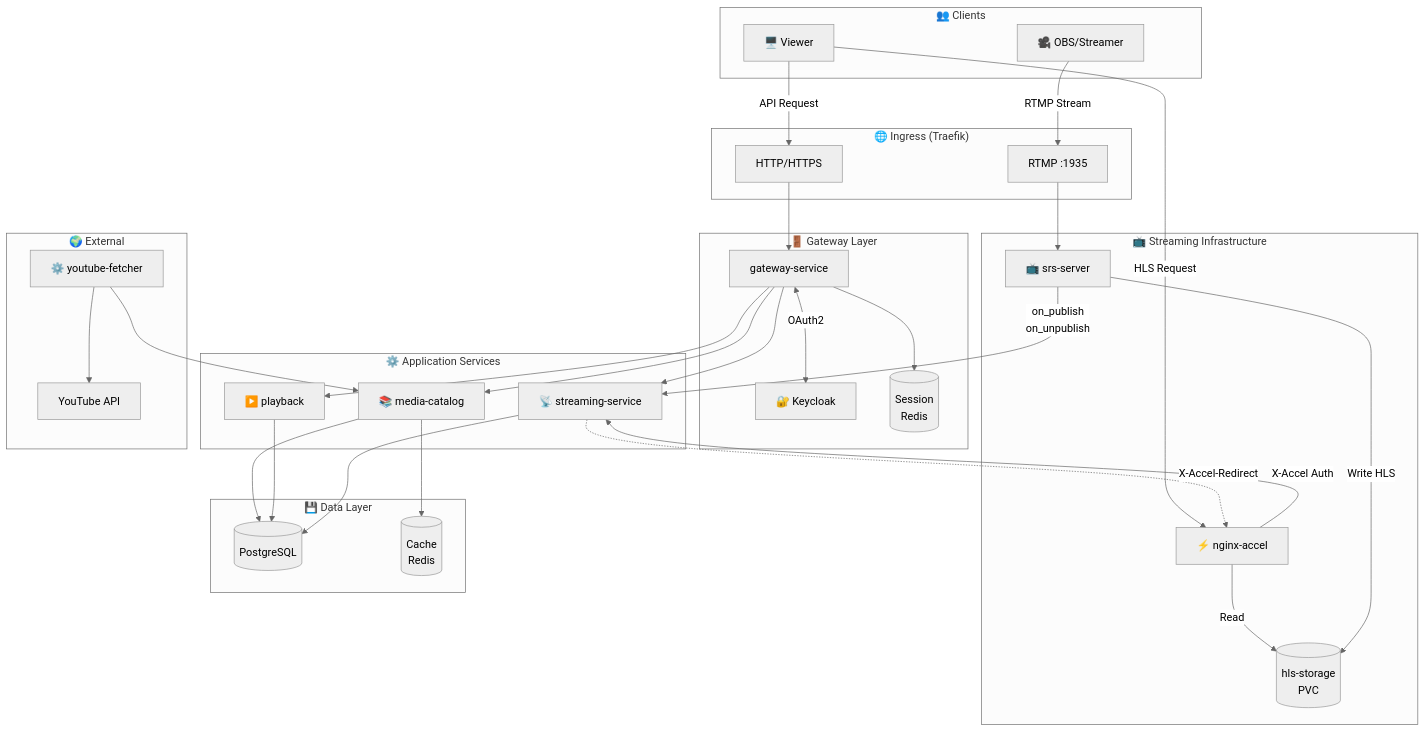
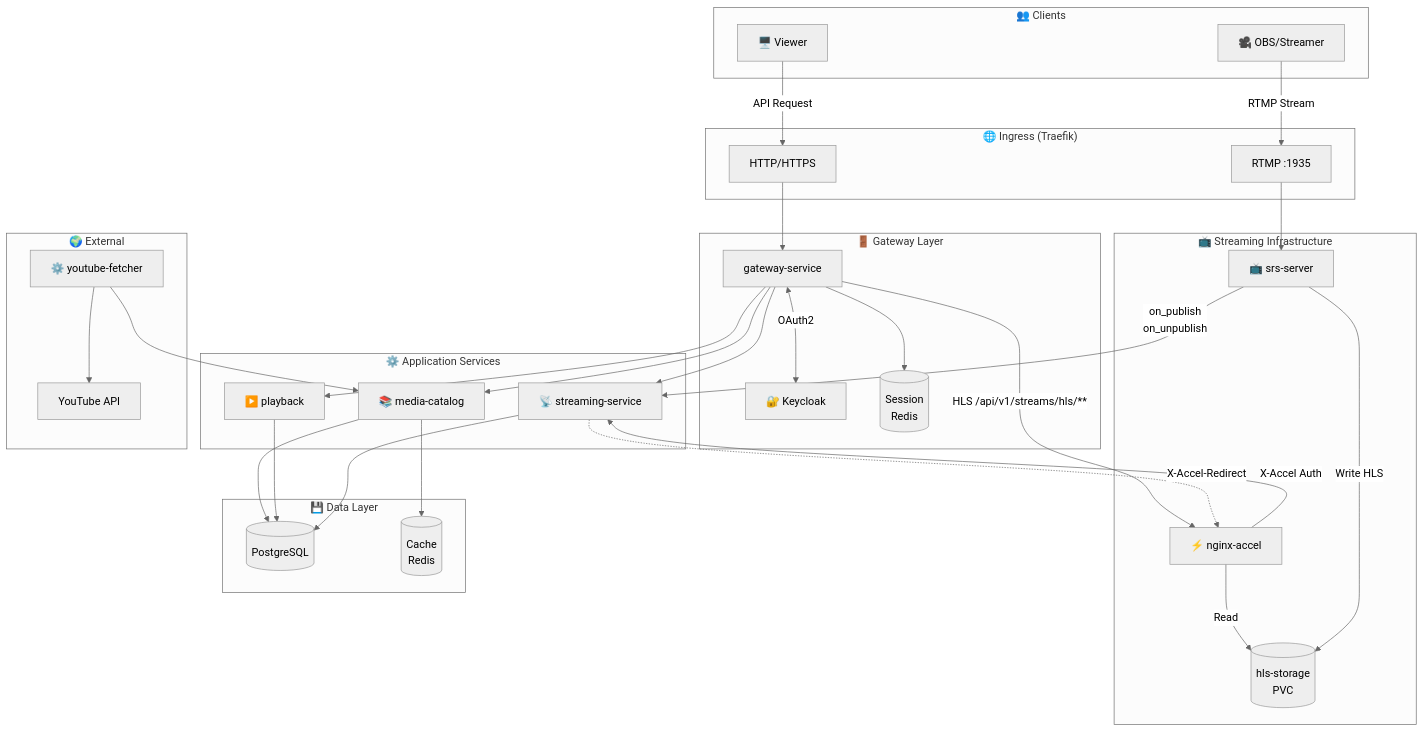
One commit to sglee487/loopin-server changed the diagram in README.md. Above: the diagram before and after it, drawn with Mermaid (neutral theme). The commit also changed other lines of this file, not shown here.

Commit message:
docs: redraw infra

````diff
--- a/README.md
+++ b/README.md
@@ -9,73 +9,73 @@
 ```mermaid
 flowchart TB
   subgraph Clients["👥 Clients"]
     C["🖥️ Viewer"]
     OBS["🎥 OBS/Streamer"]
   end
 
   subgraph Ingress["🌐 Ingress (Traefik)"]
     ING_HTTP["HTTP/HTTPS"]
     ING_RTMP["RTMP :1935"]
   end
 
   subgraph Gateway["🚪 Gateway Layer"]
     G["gateway-service"]
     KC["🔐 Keycloak"]
     GR[("Session<br/>Redis")]
   end
 
   subgraph Services["⚙️ Application Services"]
     MC["📚 media-catalog"]
     PB["▶️ playback"]
     ST["📡 streaming-service"]
   end
 
   subgraph Streaming["📺 Streaming Infrastructure"]
     NA["⚡ nginx-accel"]
     SRS["📺 srs-server"]
     HLS[("hls-storage<br/>PVC")]
   end
 
   subgraph Data["💾 Data Layer"]
     PG[("PostgreSQL")]
     RD[("Cache<br/>Redis")]
   end
 
   subgraph External["🌍 External"]
     YT["YouTube API"]
     YF["⚙️ youtube-fetcher"]
   end
 
   %% Client to Ingress
   C -->|API Request| ING_HTTP
   OBS -->|RTMP Stream| ING_RTMP
 
   %% Ingress Routing
   ING_HTTP --> G
   ING_RTMP --> SRS
 
   %% Gateway connections
   G <-->|OAuth2| KC
   G --> GR
   G --> MC & PB & ST
 
   %% Service to Data
   MC --> PG
   MC --> RD
   PB --> PG
   ST --> PG
 
   %% YouTube Fetcher
   YF --> MC
   YF --> YT
 
-  %% HLS Streaming Flow (nginx-accel handles HLS delivery)
-  C -->|HLS Request| NA
+  %% HLS Streaming Flow (gateway routes to nginx-accel)
+  G -->|HLS /api/v1/streams/hls/**| NA
   NA -->|X-Accel Auth| ST
   ST -.->|X-Accel-Redirect| NA
   NA -->|Read| HLS
 
   %% SRS Flow
   SRS -->|on_publish<br/>on_unpublish| ST
   SRS -->|Write HLS| HLS
 ```
````
